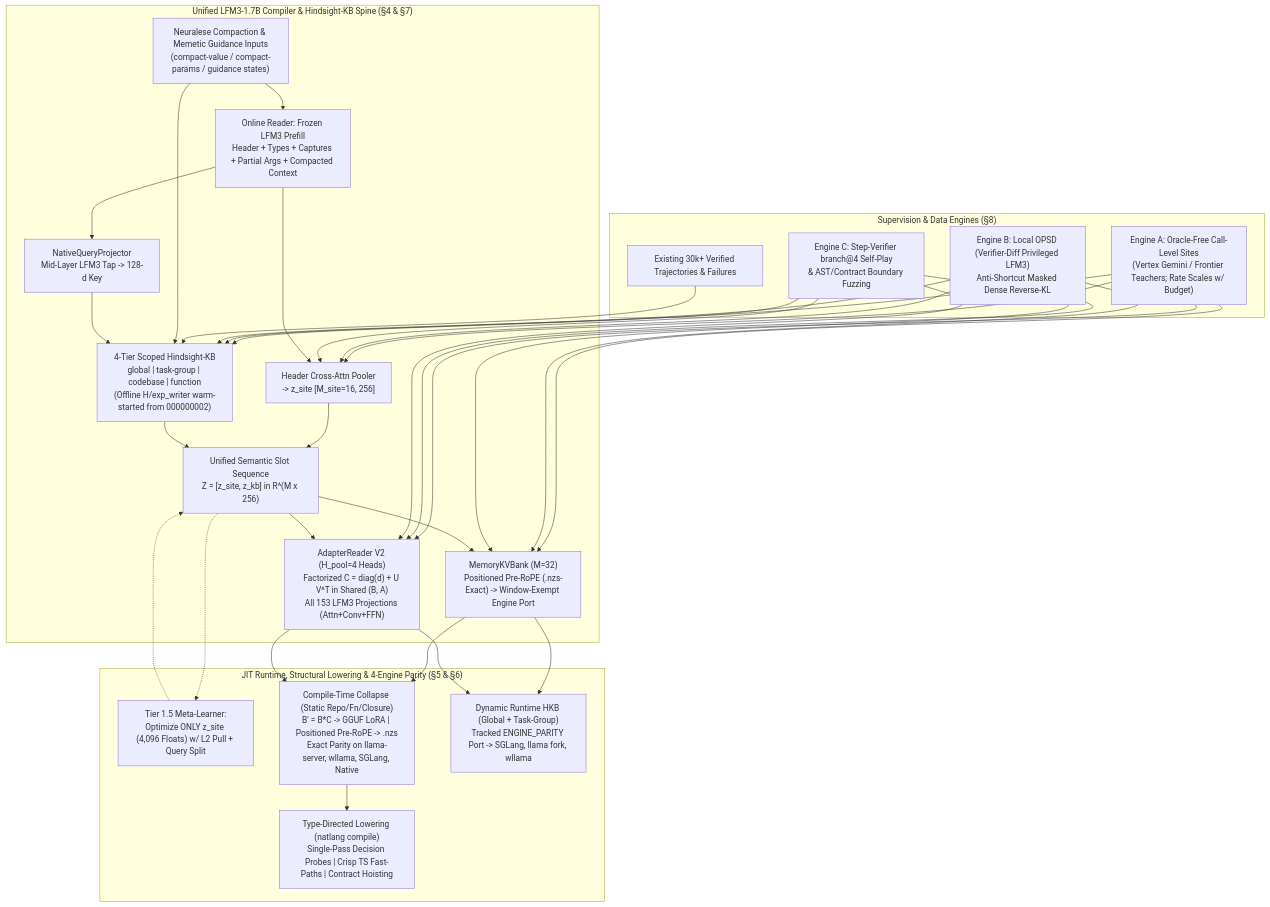
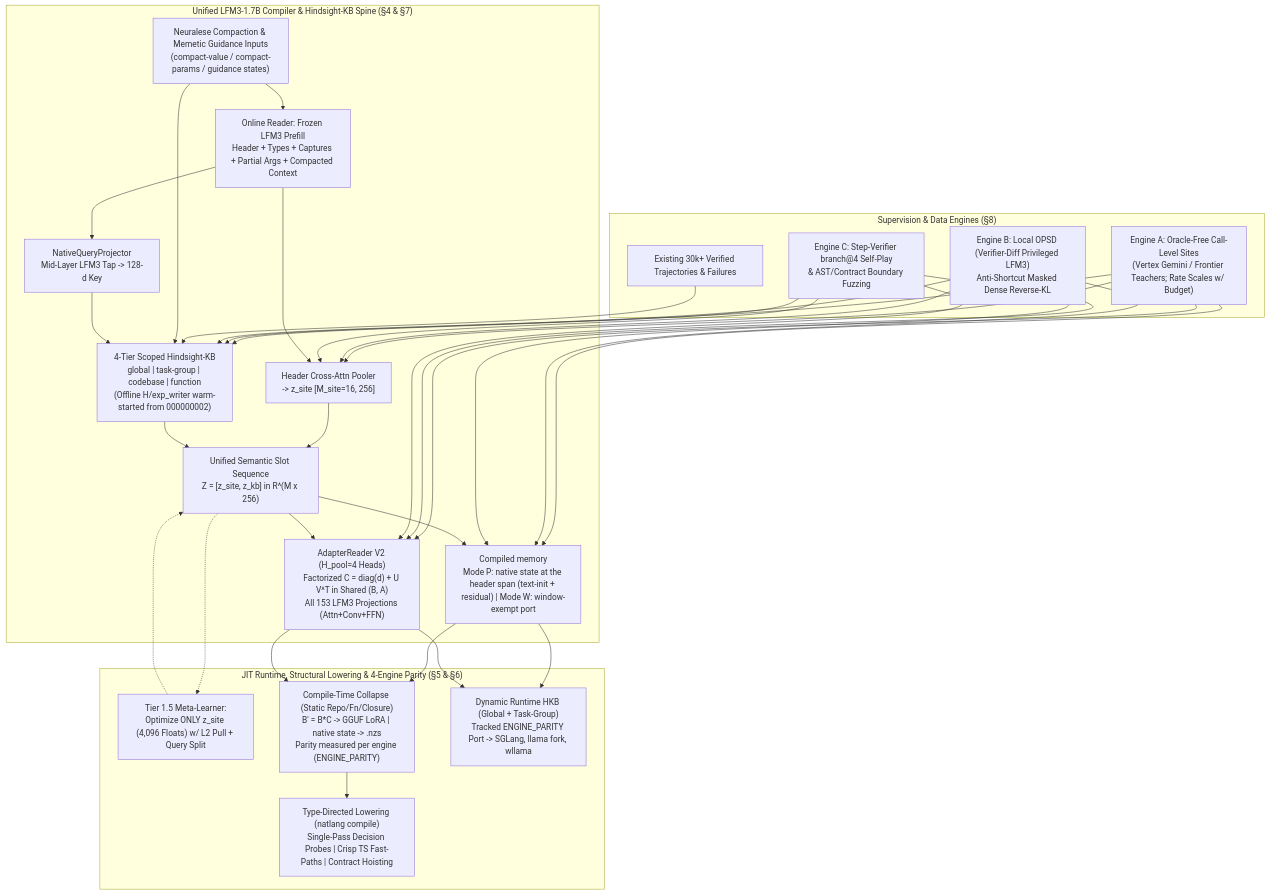
The diagram in plans/NATLANG_COMPILER.md (werg/natlang), drawn with Mermaid before and after one commit. The commit also changed other lines of this file, not shown here.

````diff
--- a/plans/NATLANG_COMPILER.md
+++ b/plans/NATLANG_COMPILER.md
@@ -52,37 +52,37 @@
 ```mermaid
 flowchart TD
     subgraph Sup["Supervision & Data Engines (§8)"]
         E1["Engine A: Oracle-Free Call-Level Sites\n(Vertex Gemini / Frontier Teachers; Rate Scales w/ Budget)"]
         E2["Engine B: Local OPSD (Verifier-Diff Privileged LFM3)\nAnti-Shortcut Masked Dense Reverse-KL"]
         E3["Engine C: Step-Verifier branch@4 Self-Play\n& AST/Contract Boundary Fuzzing"]
         E4["Existing 30k+ Verified Trajectories & Failures"]
     end
 
     subgraph Uni["Unified LFM3-1.7B Compiler & Hindsight-KB Spine (§4 & §7)"]
         Comp["Neuralese Compaction & Memetic Guidance Inputs\n(compact-value / compact-params / guidance states)"]
         R_Site["Online Reader: Frozen LFM3 Prefill\nHeader + Types + Captures + Partial Args + Compacted Context"]
         Enc_Site["Header Cross-Attn Pooler\n-> z_site [M_site=16, 256]"]
         NQP["NativeQueryProjector\nMid-Layer LFM3 Tap -> 128-d Key"]
         HKB["4-Tier Scoped Hindsight-KB\nglobal | task-group | codebase | function\n(Offline H/exp_writer warm-started from 000000002)"]
         Z["Unified Semantic Slot Sequence\nZ = [z_site, z_kb] in R^(M x 256)"]
-        MKV["MemoryKVBank (M=32)\nPositioned Pre-RoPE (.nzs-Exact) -> Window-Exempt Engine Port"]
+        MKV["Compiled memory\nMode P: native state at the header span (text-init + residual) | Mode W: window-exempt port"]
         AR["AdapterReader V2 (H_pool=4 Heads)\nFactorized C = diag(d) + U V^T in Shared (B, A)\nAll 153 LFM3 Projections (Attn+Conv+FFN)"]
     end
 
     subgraph Runtime["JIT Runtime, Structural Lowering & 4-Engine Parity (§5 & §6)"]
         T15["Tier 1.5 Meta-Learner:\nOptimize ONLY z_site (4,096 Floats) w/ L2 Pull + Query Split"]
-        Col["Compile-Time Collapse (Static Repo/Fn/Closure)\nB' = B*C -> GGUF LoRA | Positioned Pre-RoPE -> .nzs\nExact Parity on llama-server, wllama, SGLang, Native"]
+        Col["Compile-Time Collapse (Static Repo/Fn/Closure)\nB' = B*C -> GGUF LoRA | native state -> .nzs\nParity measured per engine (ENGINE_PARITY)"]
         Dyn["Dynamic Runtime HKB (Global + Task-Group)\nTracked ENGINE_PARITY Port -> SGLang, llama fork, wllama"]
         Low["Type-Directed Lowering (natlang compile)\nSingle-Pass Decision Probes | Crisp TS Fast-Paths | Contract Hoisting"]
     end
 
     E1 & E2 & E3 & E4 --> HKB
     E1 & E2 & E3 --> Enc_Site & MKV & AR
     Comp --> R_Site & HKB
     R_Site --> Enc_Site --> Z
     R_Site --> NQP --> HKB --> Z
     Z --> MKV & AR
     Z -.-> T15 -.-> Z
     MKV & AR --> Col --> Low
     MKV & AR --> Dyn
 ```
````
